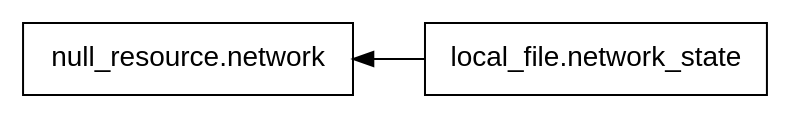
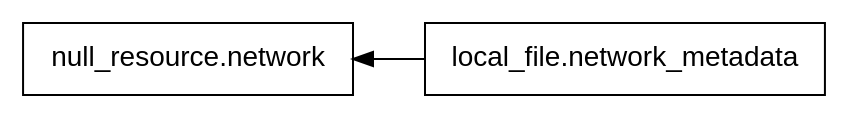
Before and after one commit to AlanEspinozaH/desarrollo-de-software: the diagram in Actividad15-CC3S2/documentacion/evidencias/graph.dot, drawn with Graphviz. The commit also changed 18 other files, not shown here.

```diff
--- a/Actividad15-CC3S2/documentacion/evidencias/graph.dot
+++ b/Actividad15-CC3S2/documentacion/evidencias/graph.dot
@@ -1,7 +1,7 @@
 digraph G {
   rankdir = "RL";
   node [shape = rect, fontname = "sans-serif"];
-  "local_file.network_state" [label="local_file.network_state"];
+  "local_file.network_metadata" [label="local_file.network_metadata"];
   "null_resource.network" [label="null_resource.network"];
-  "local_file.network_state" -> "null_resource.network";
+  "local_file.network_metadata" -> "null_resource.network";
 }
```
